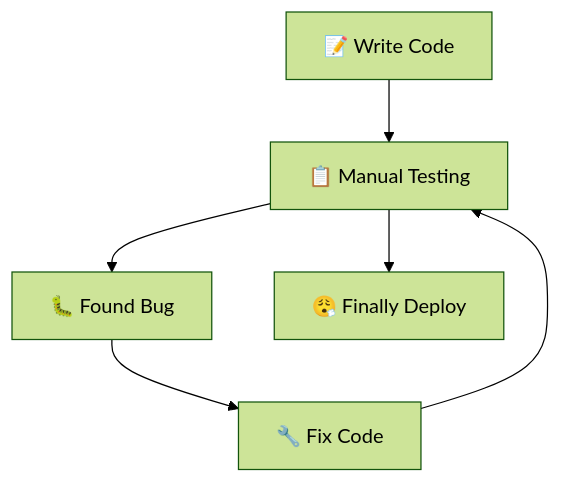
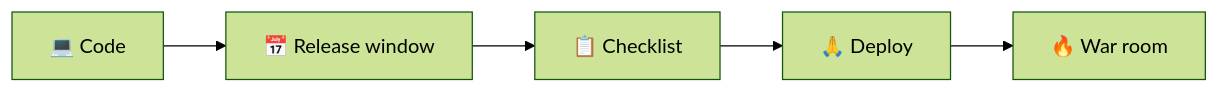
Before and after one commit to inno-devops-labs/DevOps-Core-Course: the second of 7 diagrams in lectures/lec3.md, drawn with Mermaid (forest theme). The commit also changed other lines of this file and 24 other files, not shown here.

````diff
--- a/lectures/lec3.md
+++ b/lectures/lec3.md
@@ -101,8 +70,4 @@
 ```mermaid
-flowchart TD
-  Code[📝 Write Code] --> Manual[📋 Manual Testing]
-  Manual --> Bug[🐛 Found Bug]
-  Bug --> Fix[🔧 Fix Code]
-  Fix --> Manual
-  Manual --> Deploy[😮‍💨 Finally Deploy]
+flowchart LR
+  Code[💻 Code] --> Wait[📅 Release window] --> Manual[📋 Checklist] --> Deploy[🙏 Deploy] --> War[🔥 War room]
 ```
````
